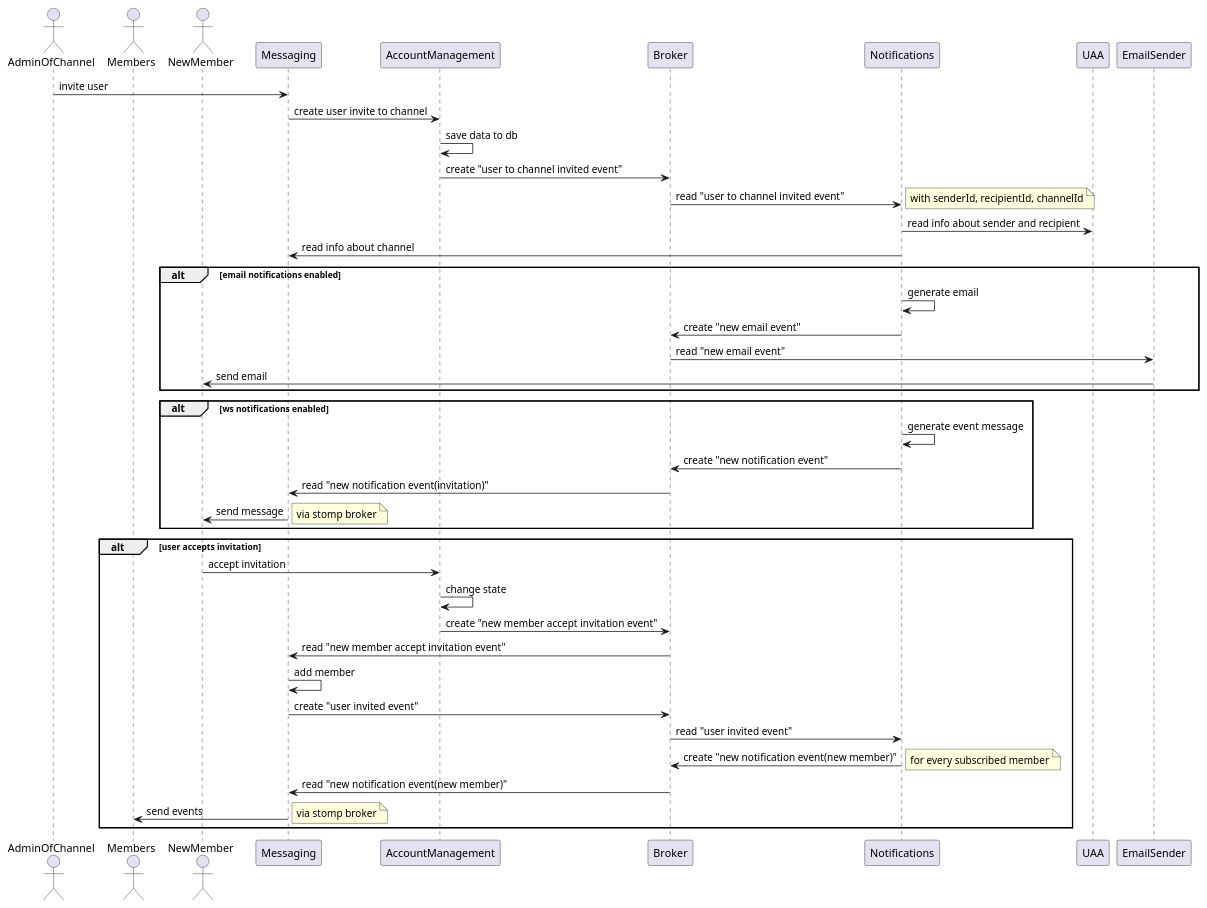
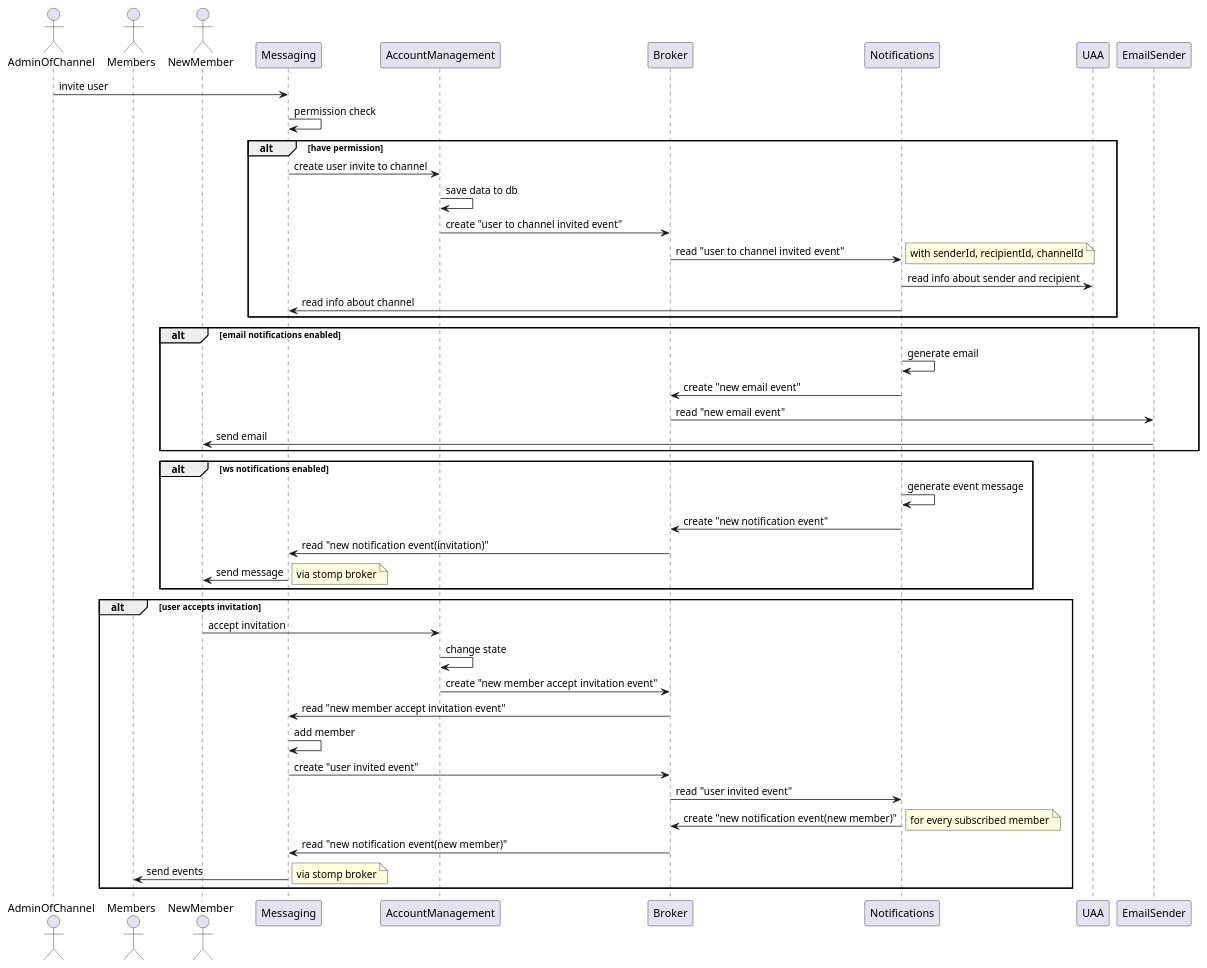
Before and after one commit to punchat/docs: the diagram in uml/invite-user-to-channel.puml, drawn with PlantUML.

Commit message:
Adding permission check

```diff
--- a/uml/invite-user-to-channel.puml
+++ b/uml/invite-user-to-channel.puml
@@ -1,49 +1,52 @@
 @startuml
 
 actor AdminOfChannel
 actor Members
 actor NewMember
 
 
 AdminOfChannel -> Messaging: invite user
-Messaging -> AccountManagement: create user invite to channel
-AccountManagement -> AccountManagement: save data to db
-AccountManagement -> Broker: create "user to channel invited event"
-Broker -> Notifications: read "user to channel invited event"
-note right: with senderId, recipientId, channelId
-Notifications -> UAA: read info about sender and recipient
-Notifications -> Messaging: read info about channel
+Messaging -> Messaging: permission check
+alt have permission
+    Messaging -> AccountManagement: create user invite to channel
+    AccountManagement -> AccountManagement: save data to db
+    AccountManagement -> Broker: create "user to channel invited event"
+    Broker -> Notifications: read "user to channel invited event"
+    note right: with senderId, recipientId, channelId
+    Notifications -> UAA: read info about sender and recipient
+    Notifications -> Messaging: read info about channel
+end
 
 alt email notifications enabled
     Notifications -> Notifications: generate email
     Notifications -> Broker: create "new email event"
     Broker -> EmailSender: read "new email event"
     EmailSender -> NewMember: send email
 end
 
 alt ws notifications enabled
     Notifications -> Notifications: generate event message
     Notifications -> Broker: create "new notification event"
     Broker -> Messaging: read "new notification event(invitation)"
     Messaging -> NewMember: send message
     note right: via stomp broker
 end
 
 alt user accepts invitation
     NewMember -> AccountManagement: accept invitation
     AccountManagement -> AccountManagement: change state
     AccountManagement -> Broker: create "new member accept invitation event"
     Broker -> Messaging: read "new member accept invitation event"
     Messaging -> Messaging : add member
     Messaging -> Broker: create "user invited event"
     Broker -> Notifications: read "user invited event"
     Notifications -> Broker: create "new notification event(new member)"
     note right
         for every subscribed member
     end note
     Broker -> Messaging: read "new notification event(new member)"
     Messaging -> Members: send events
     note right: via stomp broker
 end
 
 @enduml
```
